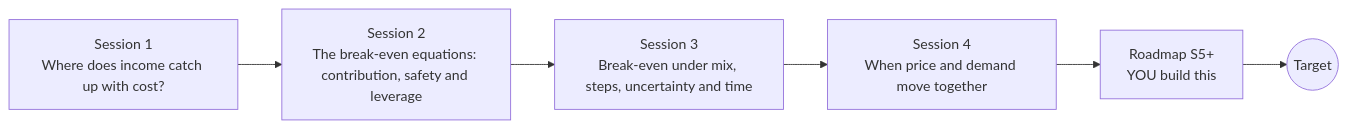
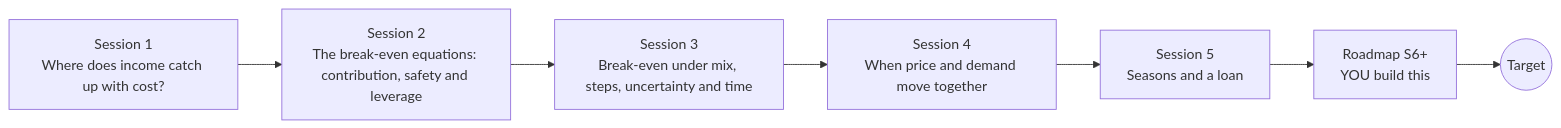
One commit to KrunalPanchal1995/openbreakeven changed the diagram in README.md. Above: the diagram before and after it, drawn with Mermaid. The commit also changed other lines of this file and 19 other files, not shown here.

First line of the commit message:
Add Session 5: Seasons and a loan

````diff
--- a/README.md
+++ b/README.md
@@ -92,10 +93,11 @@
 ```mermaid
 flowchart LR
   S1[Session 1<br/>Where does income catch up with cost?]
   S2[Session 2<br/>The break-even equations: contribution, safety and leverage]
   S3[Session 3<br/>Break-even under mix, steps, uncertainty and time]
   S4[Session 4<br/>When price and demand move together]
-  R[Roadmap S5+<br/>YOU build this]
+  S5[Session 5<br/>Seasons and a loan]
+  R[Roadmap S6+<br/>YOU build this]
   T((Target))
-  S1 --> S2 --> S3 --> S4 --> R --> T
+  S1 --> S2 --> S3 --> S4 --> S5 --> R --> T
 ```
````
